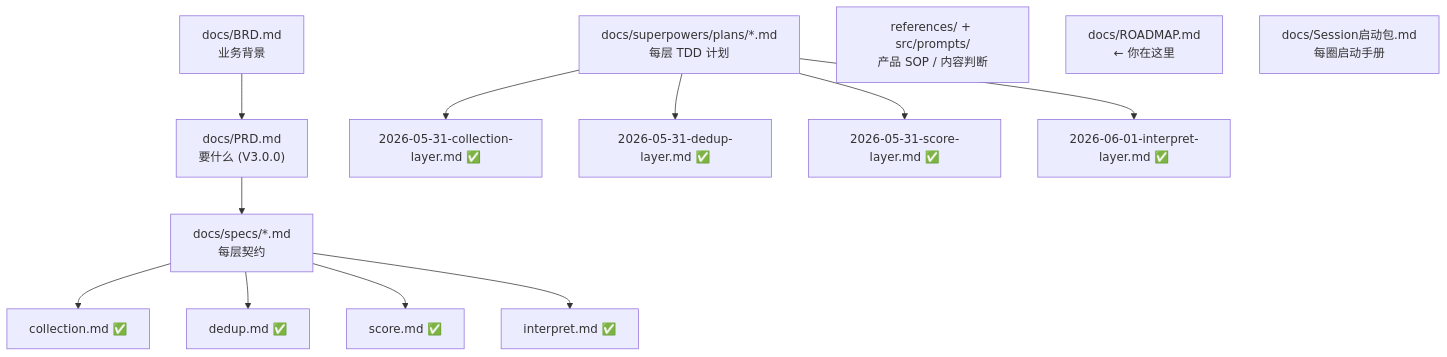
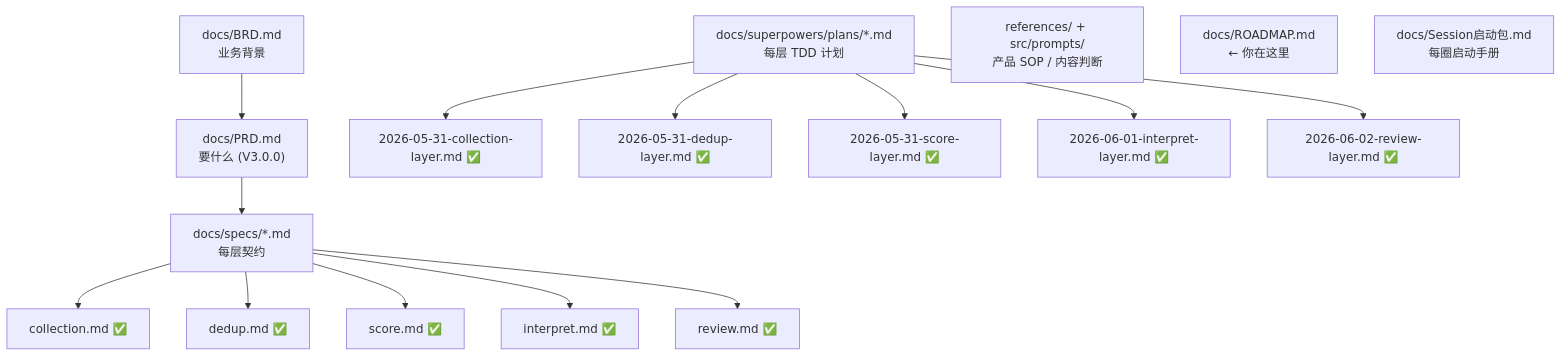
One commit to ai-newsday/core changed the third of 3 diagrams in docs/ROADMAP.md. Above: the diagram before and after it, drawn with Mermaid. The commit also changed other lines of this file, not shown here.

Commit message:
docs(roadmap): mark Circle 5 (review) merged

````diff
--- a/docs/ROADMAP.md
+++ b/docs/ROADMAP.md
@@ -73,18 +73,20 @@
 ```mermaid
 flowchart TD
     PRD["docs/PRD.md<br/>要什么 (V3.0.0)"] --> SPECS
     BRD["docs/BRD.md<br/>业务背景"] --> PRD
     SPECS["docs/specs/*.md<br/>每层契约"]
     SPECS --> S1["collection.md ✅"]
     SPECS --> S2["dedup.md ✅"]
     SPECS --> S3["score.md ✅"]
     SPECS --> S4["interpret.md ✅"]
+    SPECS --> S5["review.md ✅"]
     PLANS["docs/superpowers/plans/*.md<br/>每层 TDD 计划"]
     PLANS --> P1["2026-05-31-collection-layer.md ✅"]
     PLANS --> P2["2026-05-31-dedup-layer.md ✅"]
     PLANS --> P3["2026-05-31-score-layer.md ✅"]
     PLANS --> P4["2026-06-01-interpret-layer.md ✅"]
+    PLANS --> P5["2026-06-02-review-layer.md ✅"]
     REF["references/ + src/prompts/<br/>产品 SOP / 内容判断"]
     RM["docs/ROADMAP.md<br/>← 你在这里"]
     SB["docs/Session启动包.md<br/>每圈启动手册"]
 ```
````
